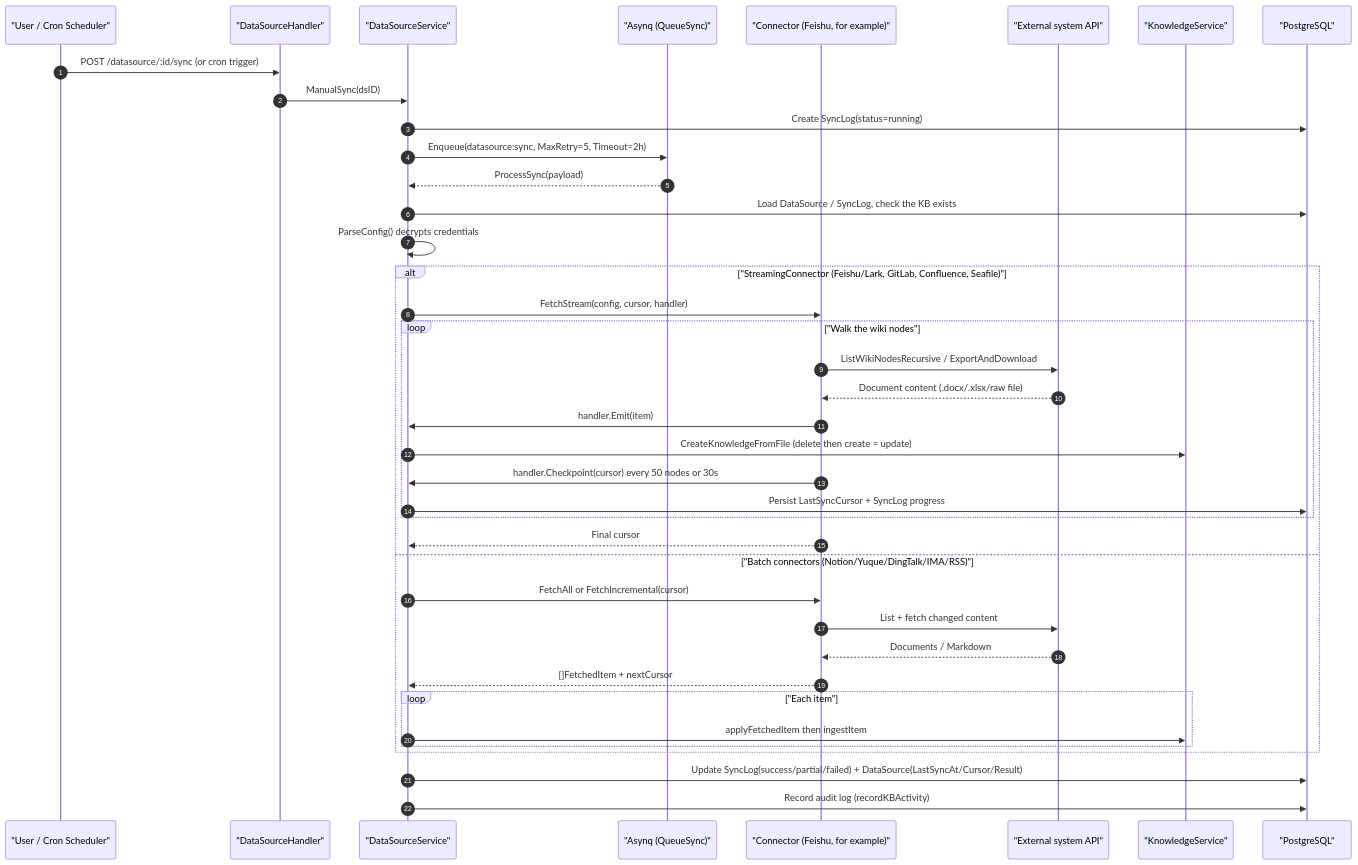
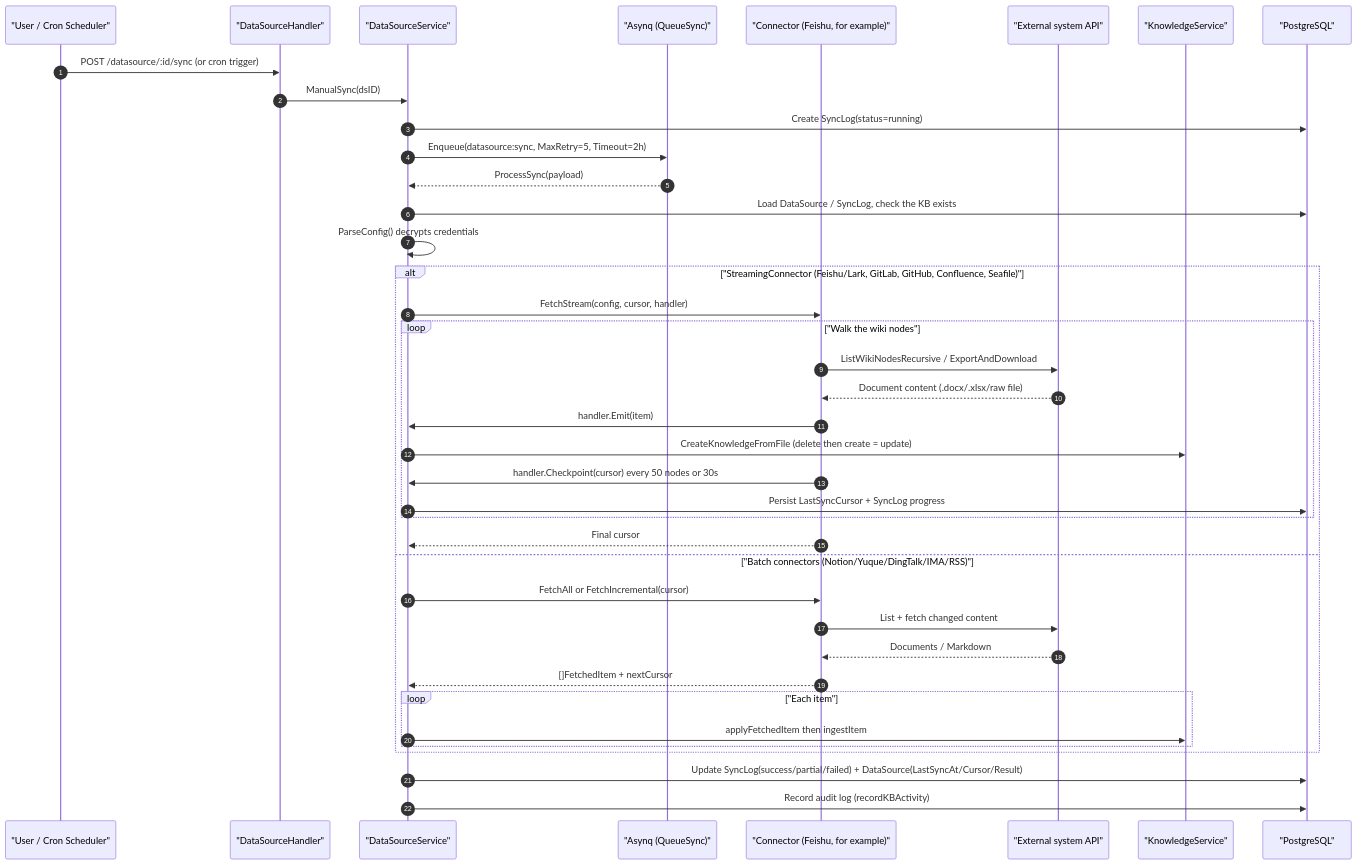
One commit to jrmatherly/ai-kb changed the second of 2 diagrams in website-docs/03-features/10-datasource.md. Above: the diagram before and after it, drawn with Mermaid. The commit also changed other lines of this file and 9 other files, not shown here.

Commit message:
docs(datasource): document the GitHub connector

````diff
--- a/website-docs/03-features/10-datasource.md
+++ b/website-docs/03-features/10-datasource.md
@@ -284,42 +297,42 @@
 ```mermaid
 sequenceDiagram
     autonumber
     participant U as "User / Cron Scheduler"
     participant H as "DataSourceHandler"
     participant S as "DataSourceService"
     participant Q as "Asynq (QueueSync)"
     participant C as "Connector (Feishu, for example)"
     participant EXT as "External system API"
     participant K as "KnowledgeService"
     participant DB as "PostgreSQL"
 
     U->>H: POST /datasource/:id/sync (or cron trigger)
     H->>S: ManualSync(dsID)
     S->>DB: Create SyncLog(status=running)
     S->>Q: Enqueue(datasource:sync, MaxRetry=5, Timeout=2h)
     Q-->>S: ProcessSync(payload)
     S->>DB: Load DataSource / SyncLog, check the KB exists
     S->>S: ParseConfig() decrypts credentials
-    alt "StreamingConnector (Feishu/Lark, GitLab, Confluence, Seafile)"
+    alt "StreamingConnector (Feishu/Lark, GitLab, GitHub, Confluence, Seafile)"
         S->>C: FetchStream(config, cursor, handler)
         loop "Walk the wiki nodes"
             C->>EXT: ListWikiNodesRecursive / ExportAndDownload
             EXT-->>C: Document content (.docx/.xlsx/raw file)
             C->>S: handler.Emit(item)
             S->>K: CreateKnowledgeFromFile (delete then create = update)
             C->>S: handler.Checkpoint(cursor) every 50 nodes or 30s
             S->>DB: Persist LastSyncCursor + SyncLog progress
         end
         C-->>S: Final cursor
     else "Batch connectors (Notion/Yuque/DingTalk/IMA/RSS)"
         S->>C: FetchAll or FetchIncremental(cursor)
         C->>EXT: List + fetch changed content
         EXT-->>C: Documents / Markdown
         C-->>S: []FetchedItem + nextCursor
         loop "Each item"
             S->>K: applyFetchedItem then ingestItem
         end
     end
     S->>DB: Update SyncLog(success/partial/failed) + DataSource(LastSyncAt/Cursor/Result)
     S->>DB: Record audit log (recordKBActivity)
 ```
````
